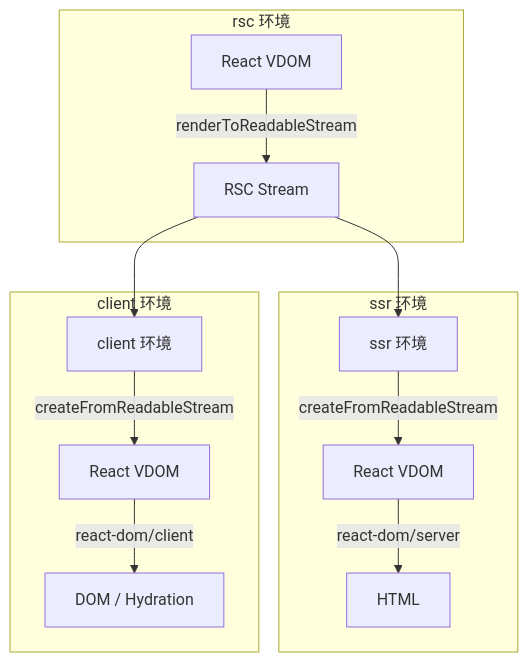
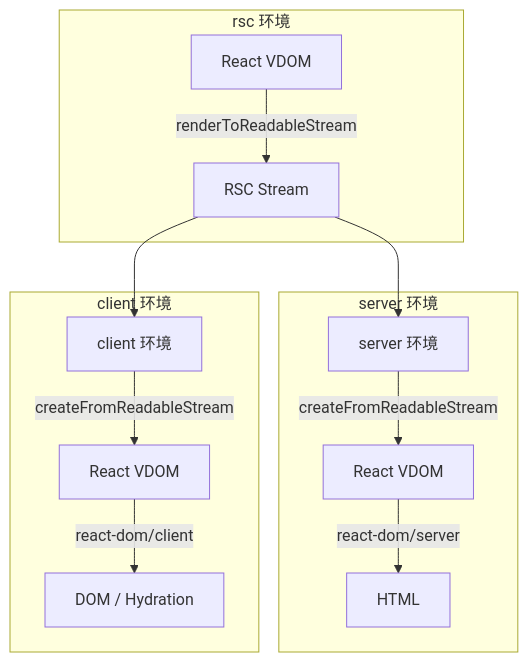
One commit to web-widget/web-widget changed the second of 2 diagrams in packages/vite-plugin/docs/widget-module-build-comparison.zh.md. Above: the diagram before and after it, drawn with Mermaid. The commit also changed other lines of this file and 28 other files, not shown here.

````diff
--- a/packages/vite-plugin/docs/widget-module-build-comparison.zh.md
+++ b/packages/vite-plugin/docs/widget-module-build-comparison.zh.md
@@ -156,16 +156,16 @@
 ```mermaid
 flowchart TD
   subgraph rsc_env [rsc 环境]
     A[React VDOM] -->|renderToReadableStream| B[RSC Stream]
   end
-  B --> C[ssr 环境]
+  B --> C[server 环境]
   B --> D[client 环境]
-  subgraph ssr_env [ssr 环境]
+  subgraph server_env [server 环境]
     C -->|createFromReadableStream| E[React VDOM]
     E -->|react-dom/server| F[HTML]
   end
   subgraph client_env [client 环境]
     D -->|createFromReadableStream| G[React VDOM]
     G -->|react-dom/client| H[DOM / Hydration]
   end
 ```
````
